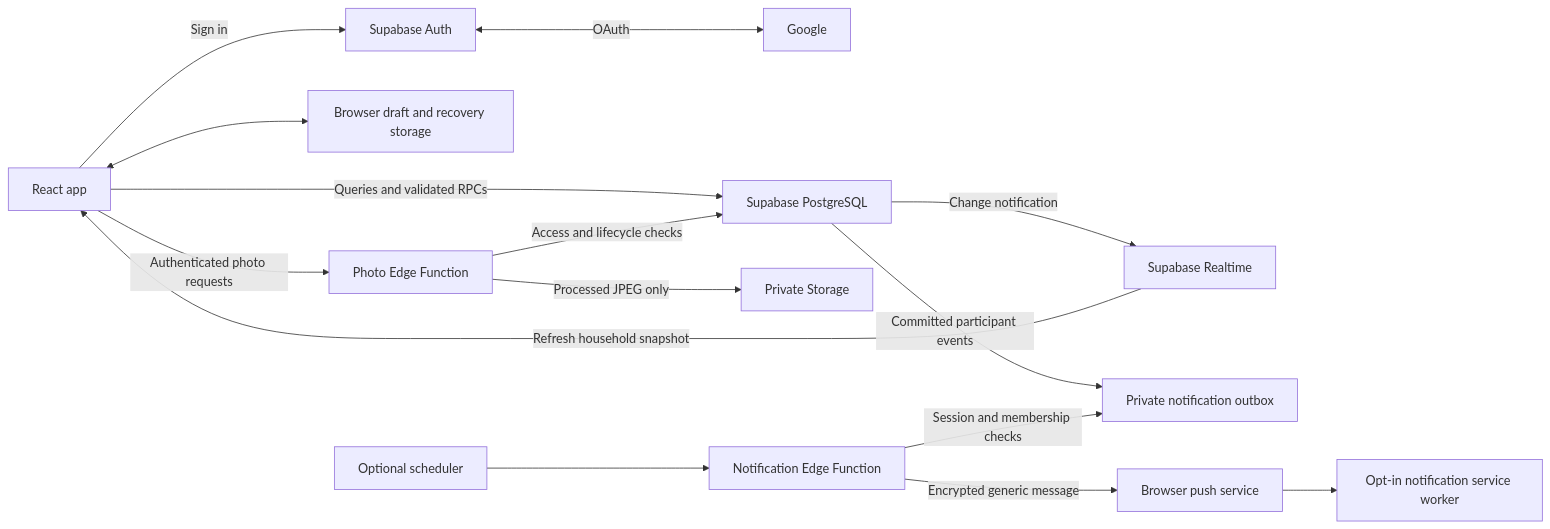
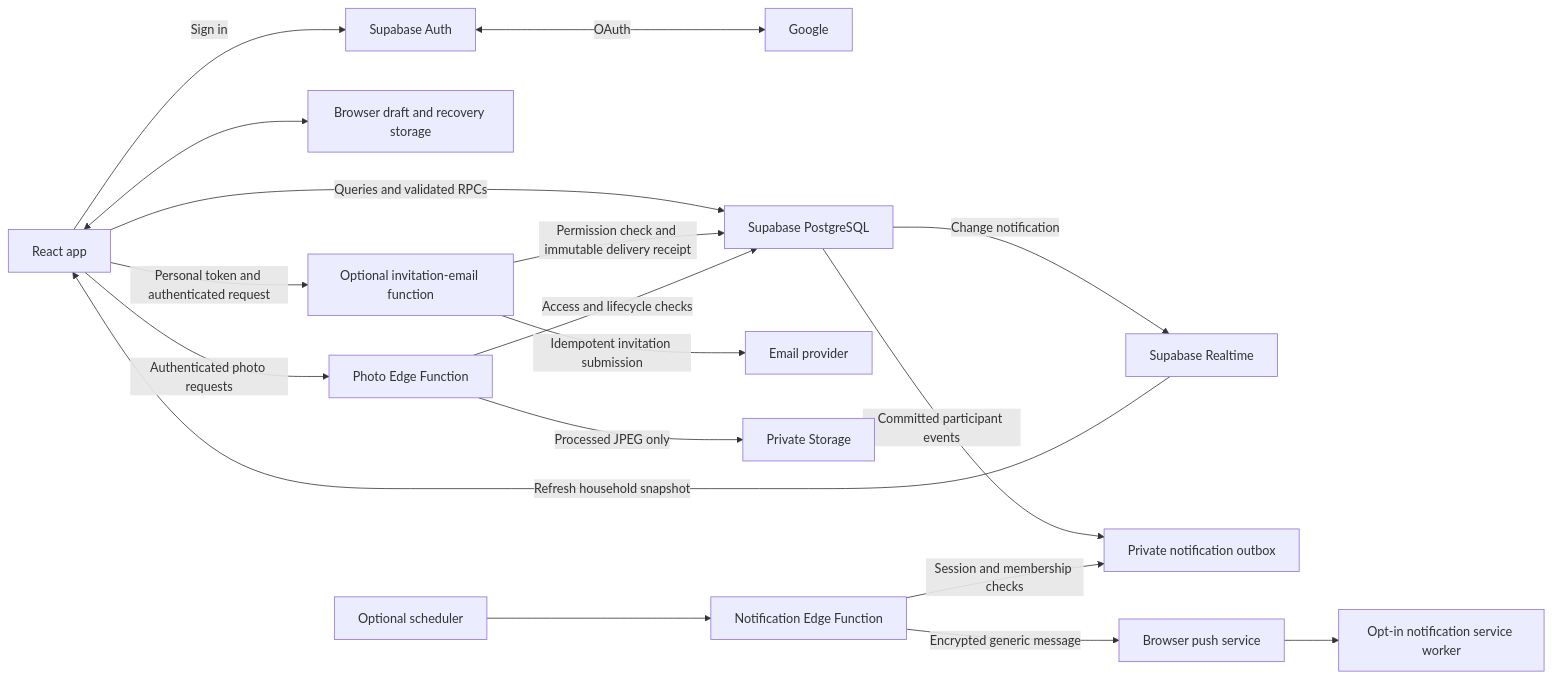
One commit to erankawinda/pact changed the diagram in docs/ARCHITECTURE.md. Above: the diagram before and after it, drawn with Mermaid. The commit also changed other lines of this file and 10 other files, not shown here.

````diff
--- a/docs/ARCHITECTURE.md
+++ b/docs/ARCHITECTURE.md
@@ -5,17 +7,20 @@
 ```mermaid
 flowchart LR
     Browser[React app] -->|Sign in| Auth[Supabase Auth]
     Auth <-->|OAuth| Google[Google]
     Browser -->|Queries and validated RPCs| DB[Supabase PostgreSQL]
     DB -->|Change notification| RT[Supabase Realtime]
     RT -->|Refresh household snapshot| Browser
     Browser <--> Local[Browser draft and recovery storage]
     Browser -->|Authenticated photo requests| Photo[Photo Edge Function]
+    Browser -->|Personal token and authenticated request| Mail[Optional invitation-email function]
+    Mail -->|Permission check and immutable delivery receipt| DB
+    Mail -->|Idempotent invitation submission| Provider[Email provider]
     Photo -->|Access and lifecycle checks| DB
     Photo -->|Processed JPEG only| Storage[Private Storage]
     DB -->|Committed participant events| Outbox[Private notification outbox]
     Cron[Optional scheduler] --> Dispatcher[Notification Edge Function]
     Dispatcher -->|Session and membership checks| Outbox
     Dispatcher -->|Encrypted generic message| Push[Browser push service]
     Push --> Worker[Opt-in notification service worker]
 ```
````
